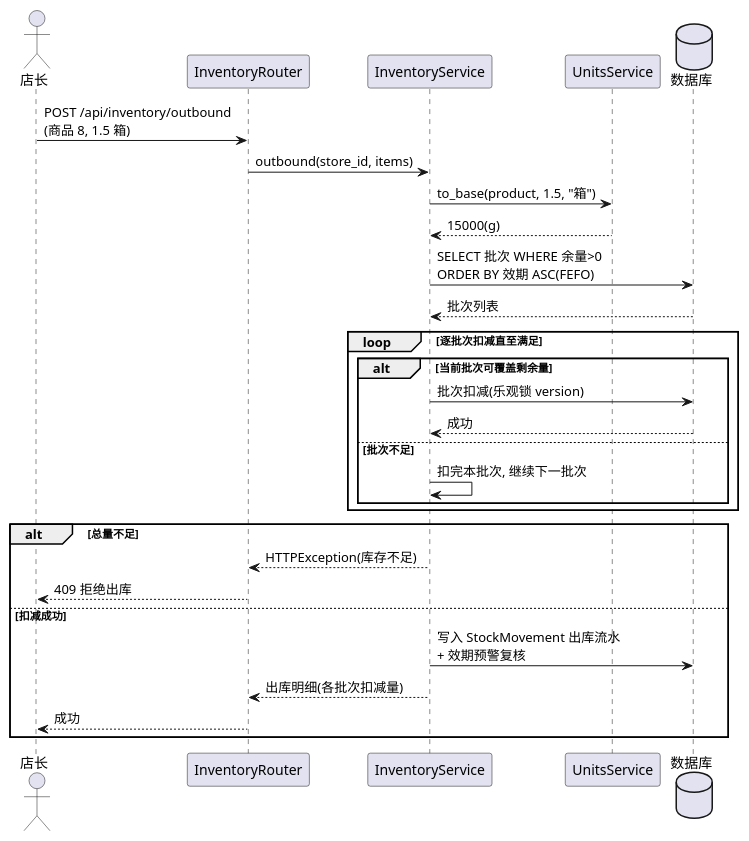
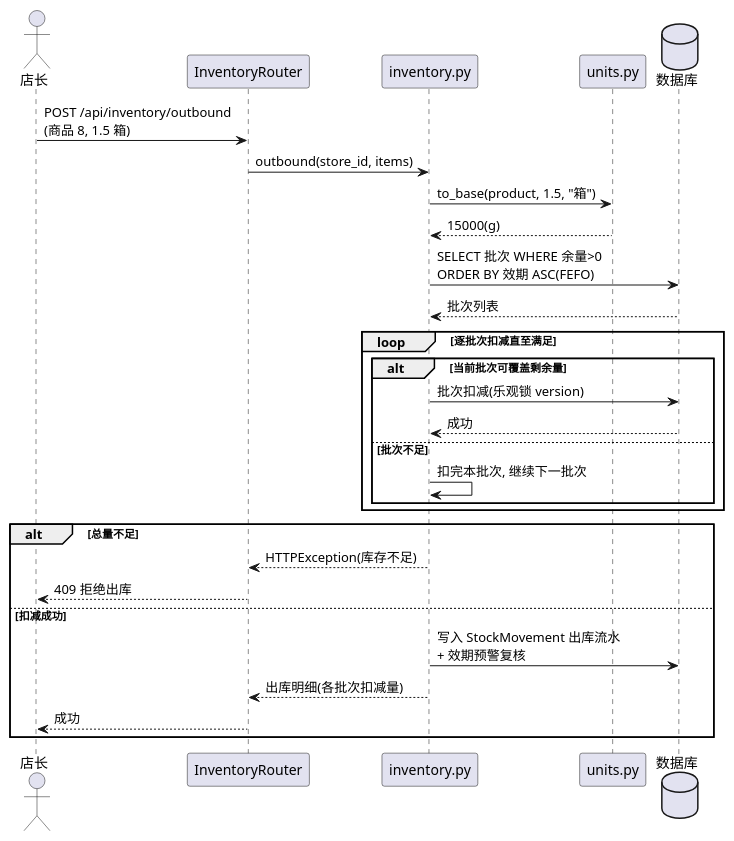
Before and after one commit to chenpingan6158-a11y/intelligent-replenishment-system: the diagram in docs/uml/12-顺序图-FEFO出库.puml, drawn with PlantUML. The commit also changed 18 other files, not shown here.

Commit message:
图码一致性修正：ER图改为从模型元数据自动生成(22表)；类图/顺序图改用真实函数名；报告同步更新

```diff
--- a/docs/uml/12-顺序图-FEFO出库.puml
+++ b/docs/uml/12-顺序图-FEFO出库.puml
@@ -1,31 +1,31 @@
 @startuml
 skinparam backgroundColor #FFFFFF
 actor 店长 as SM
 participant "InventoryRouter" as RT
-participant "InventoryService" as SV
-participant "UnitsService" as UN
+participant "inventory.py" as SV
+participant "units.py" as UN
 database "数据库" as DB
 
 SM -> RT : POST /api/inventory/outbound\n(商品 8, 1.5 箱)
 RT -> SV : outbound(store_id, items)
 SV -> UN : to_base(product, 1.5, "箱")
 UN --> SV : 15000(g)
 SV -> DB : SELECT 批次 WHERE 余量>0\nORDER BY 效期 ASC(FEFO)
 DB --> SV : 批次列表
 loop 逐批次扣减直至满足
   alt 当前批次可覆盖剩余量
     SV -> DB : 批次扣减(乐观锁 version)
     DB --> SV : 成功
   else 批次不足
     SV -> SV : 扣完本批次, 继续下一批次
   end
 end
 alt 总量不足
   SV --> RT : HTTPException(库存不足)
   RT --> SM : 409 拒绝出库
 else 扣减成功
   SV -> DB : 写入 StockMovement 出库流水\n+ 效期预警复核
   SV --> RT : 出库明细(各批次扣减量)
   RT --> SM : 成功
 end
 @enduml
```
